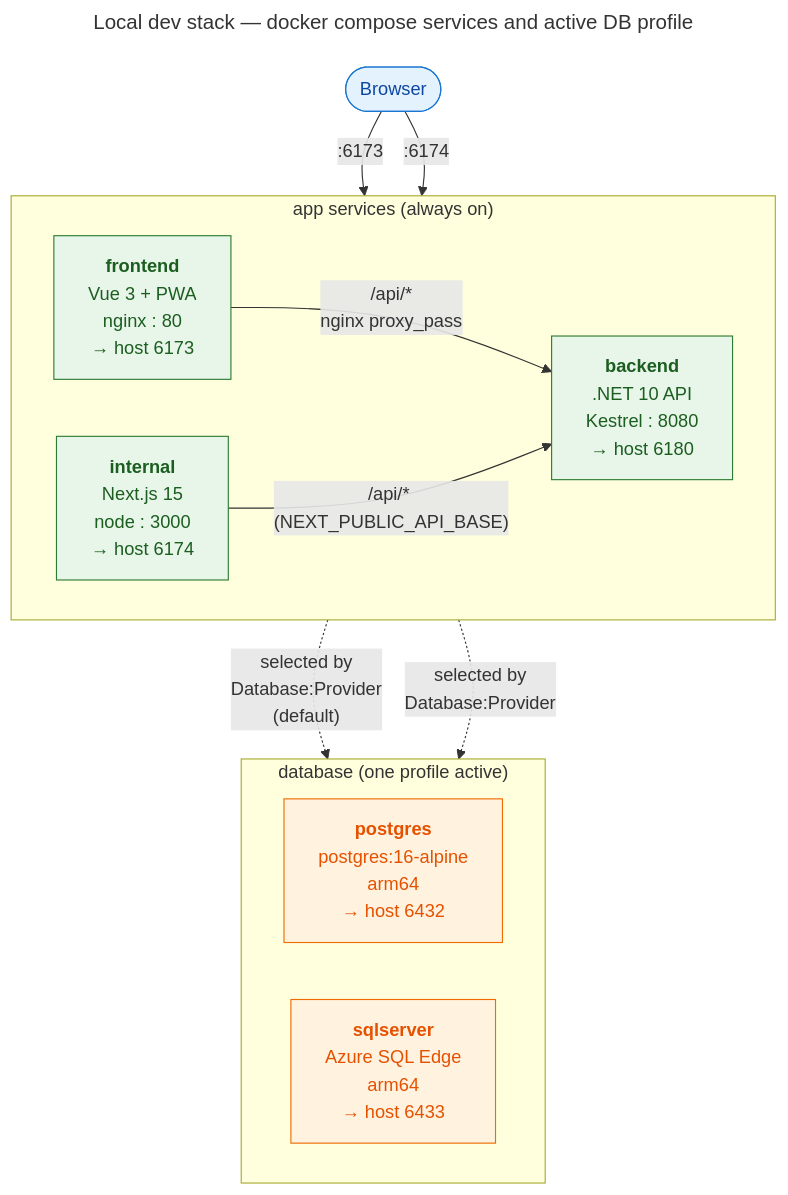
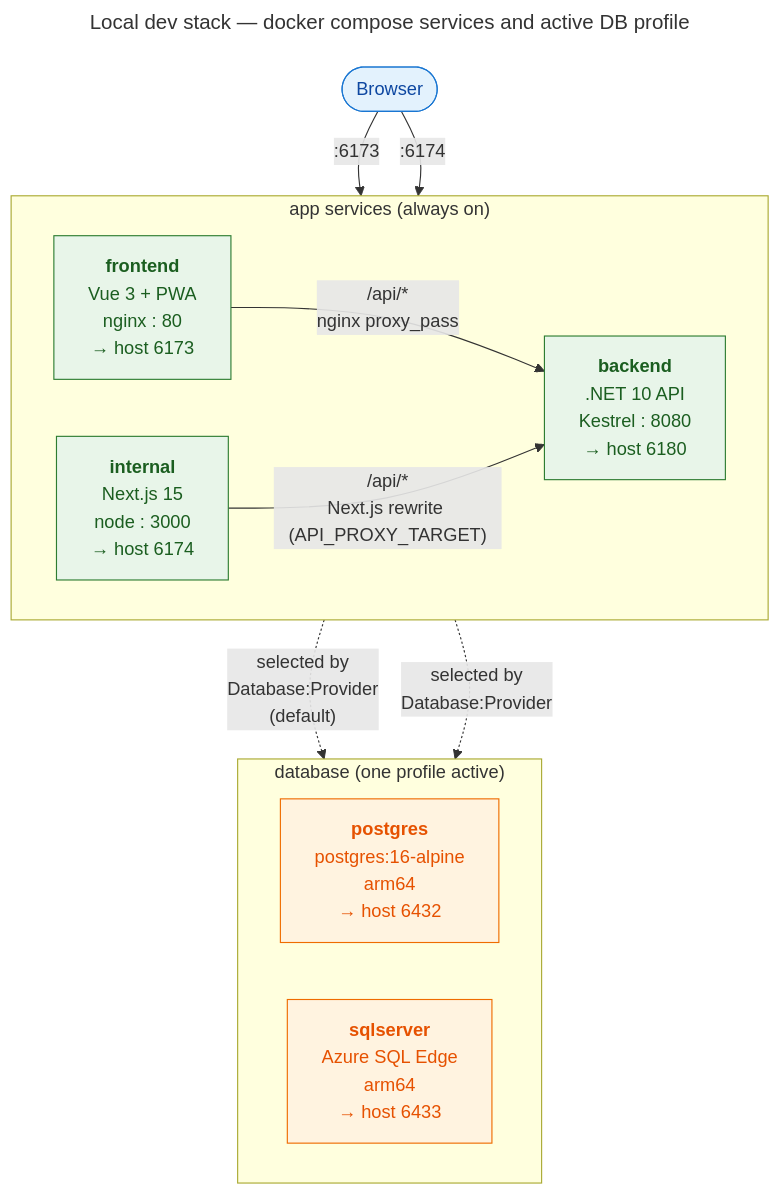
One commit to jpoley/template changed the diagram in docs/diagrams/local-dev-architecture.mmd. Above: the diagram before and after it, drawn with Mermaid. The commit also changed 7 other files, not shown here.

First line of the commit message:
fix(internal): consolidate proxy env, frozen lockfile, encode URL segments

```diff
--- a/docs/diagrams/local-dev-architecture.mmd
+++ b/docs/diagrams/local-dev-architecture.mmd
@@ -1,38 +1,38 @@
 ---
 title: Local dev stack — docker compose services and active DB profile
 config:
   theme: default
   flowchart:
     curve: basis
     htmlLabels: true
 ---
 flowchart TB
     browser(["Browser"])
 
     subgraph apps["app services (always on)"]
         direction LR
         frontend["<b>frontend</b><br/>Vue 3 + PWA<br/>nginx : 80<br/>→ host 6173"]
         internal["<b>internal</b><br/>Next.js 15<br/>node : 3000<br/>→ host 6174"]
         backend["<b>backend</b><br/>.NET 10 API<br/>Kestrel : 8080<br/>→ host 6180"]
     end
 
     subgraph dbs["database (one profile active)"]
         direction LR
         postgres["<b>postgres</b><br/>postgres:16-alpine<br/>arm64<br/>→ host 6432"]
         sqlserver["<b>sqlserver</b><br/>Azure SQL Edge<br/>arm64<br/>→ host 6433"]
     end
 
     browser -->|":6173"| frontend
     browser -->|":6174"| internal
     frontend -->|"/api/*<br/>nginx proxy_pass"| backend
-    internal -->|"/api/* (NEXT_PUBLIC_API_BASE)"| backend
+    internal -->|"/api/*<br/>Next.js rewrite (API_PROXY_TARGET)"| backend
 
     backend -.->|"selected by<br/>Database:Provider<br/>(default)"| postgres
     backend -.->|"selected by<br/>Database:Provider"| sqlserver
 
     classDef appBox fill:#e8f5e9,stroke:#2e7d32,color:#1b5e20
     classDef dbBox  fill:#fff3e0,stroke:#ef6c00,color:#e65100
     classDef ext    fill:#e3f2fd,stroke:#1976d2,color:#0d47a1
     class frontend,internal,backend appBox
     class postgres,sqlserver dbBox
     class browser ext
```
